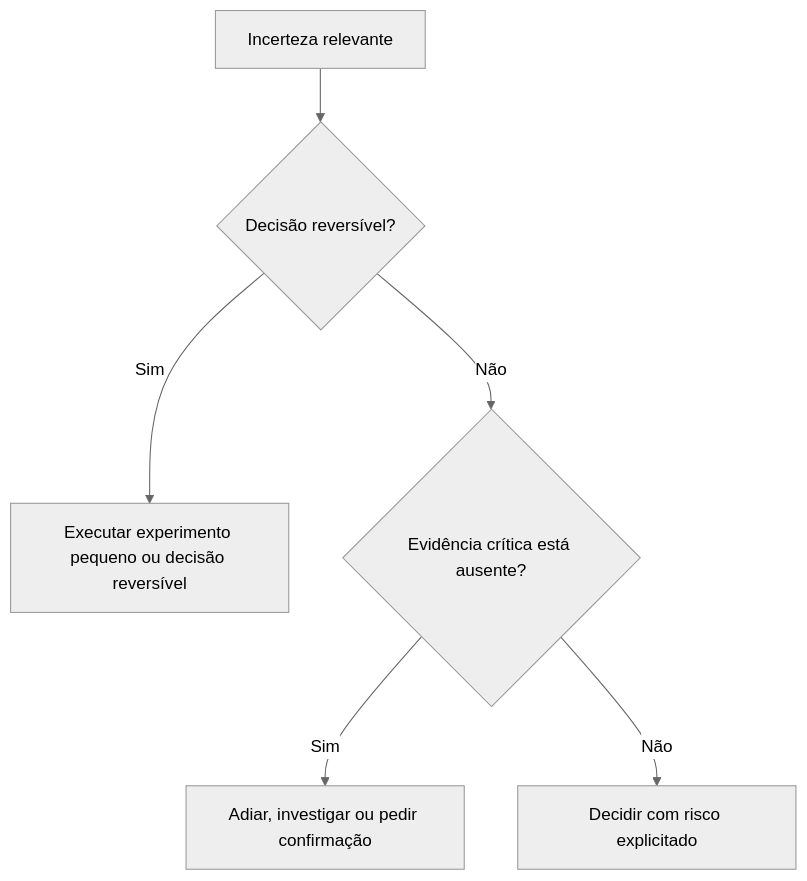
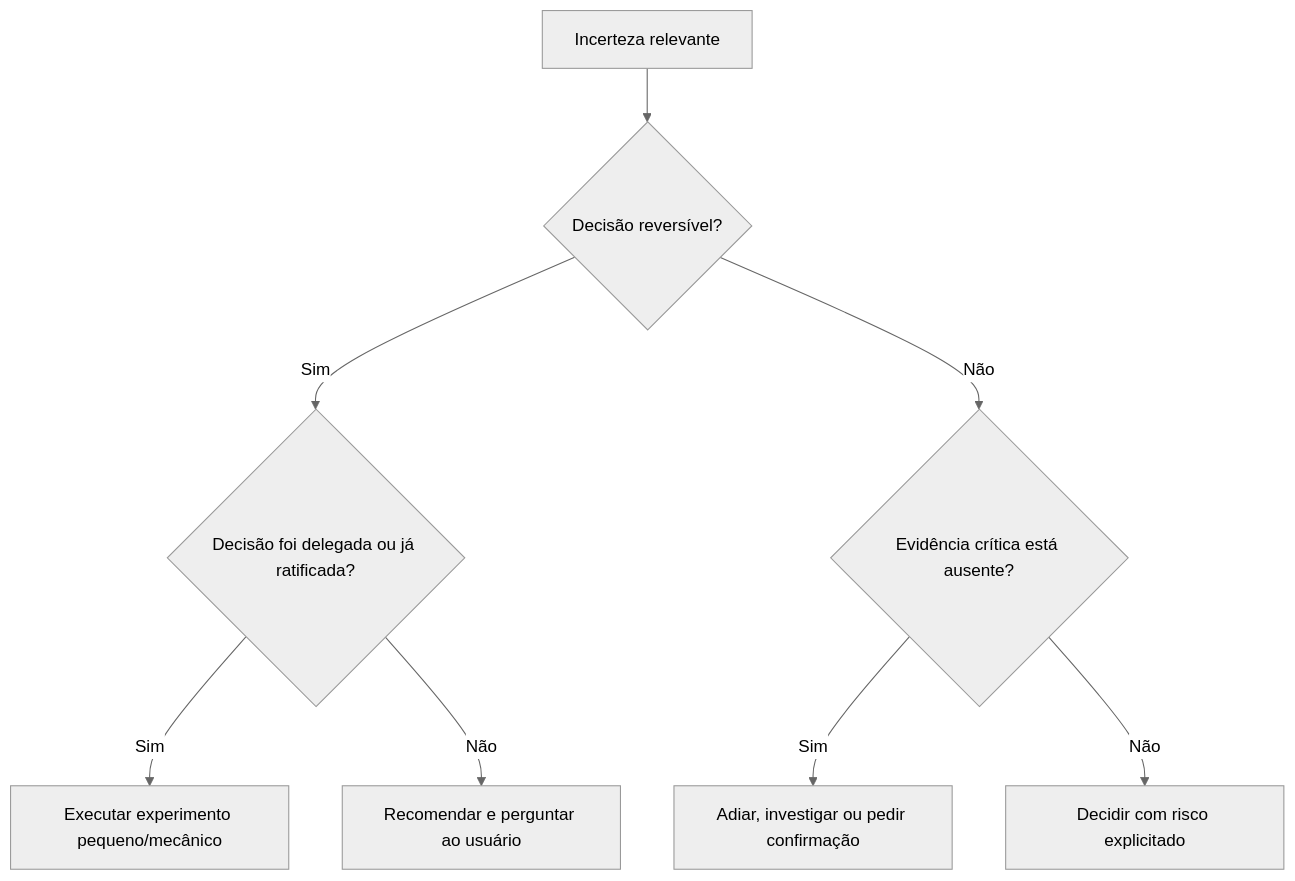
Before and after one commit to rpelizza/PelizzAI: the second of 2 diagrams in .claude/skills/pelizzai-reasoning/techniques/decision-making.md, drawn with Mermaid (neutral theme). The commit also changed other lines of this file and 68 other files, not shown here.

````diff
--- a/.claude/skills/pelizzai-reasoning/techniques/decision-making.md
+++ b/.claude/skills/pelizzai-reasoning/techniques/decision-making.md
@@ -301,8 +304,10 @@
 ```mermaid
 flowchart TD
     A[Incerteza relevante] --> B{Decisão reversível?}
-    B -- Sim --> C[Executar experimento pequeno ou decisão reversível]
+    B -- Sim --> C{Decisão foi delegada ou já ratificada?}
+    C -- Sim --> G[Executar experimento pequeno/mecânico]
+    C -- Não --> H[Recomendar e perguntar ao usuário]
     B -- Não --> D{Evidência crítica está ausente?}
     D -- Sim --> E[Adiar, investigar ou pedir confirmação]
     D -- Não --> F[Decidir com risco explicitado]
 ```
````
